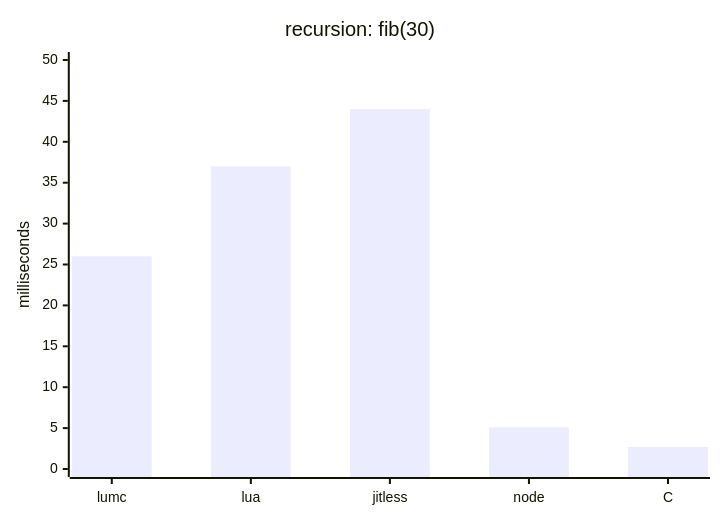
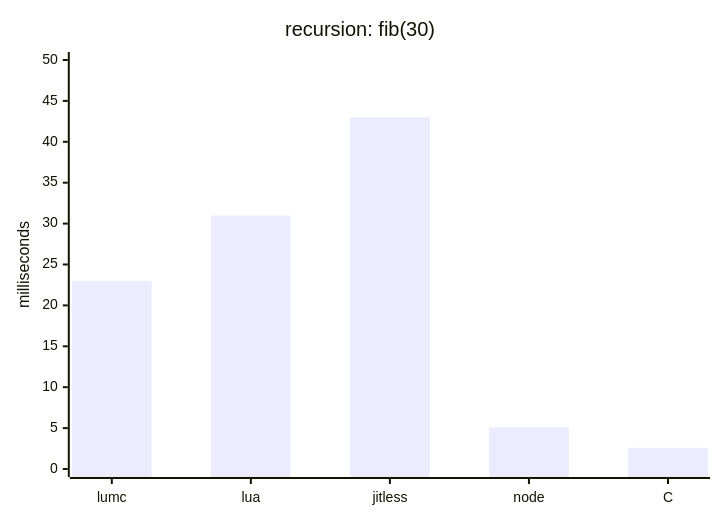
One commit to nem0/LumixEngine changed the first of 4 diagrams in external/lumscript/benchmarks/results.md. Above: the diagram before and after it, drawn with Mermaid. The commit also changed other lines of this file and 2 other files, not shown here.

````diff
--- a/external/lumscript/benchmarks/results.md
+++ b/external/lumscript/benchmarks/results.md
@@ -61,7 +61,7 @@
 ```mermaid
 xychart-beta
     title "recursion: fib(30)"
     x-axis [lumc, lua, jitless, node, C]
     y-axis "milliseconds" 0 --> 50
-    bar [26, 37, 44, 5.1, 2.7]
+    bar [23, 31, 43, 5.1, 2.6]
 ```
````
